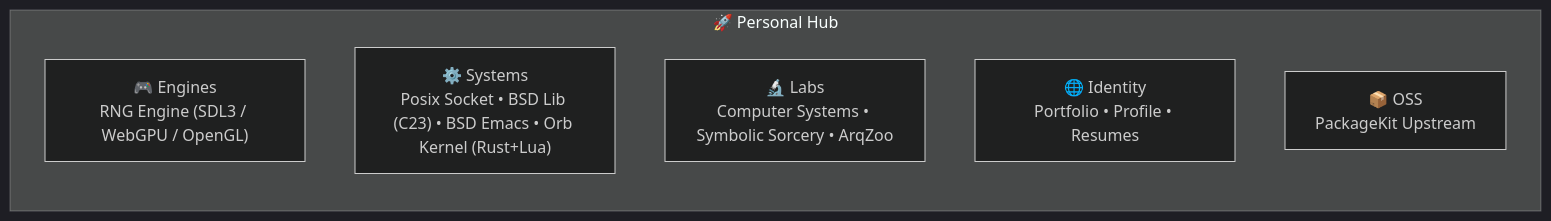
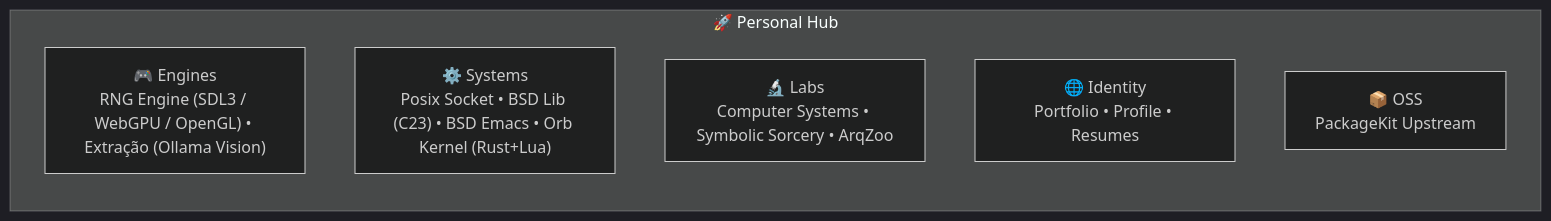
One commit to GabrielFrigo4/personal changed the diagram in README.md. Above: the diagram before and after it, drawn with Mermaid (dark theme). The commit also changed other lines of this file and 4 other files, not shown here.

Commit message:
add(engines): register private Extração (ollama-vision) repository

````diff
--- a/README.md
+++ b/README.md
@@ -22,11 +22,11 @@
 ```mermaid
 flowchart TD
     subgraph PH ["🚀 Personal Hub"]
         direction TB
-        ENG["🎮 Engines<br/>RNG Engine (SDL3 / WebGPU / OpenGL)"]
+        ENG["🎮 Engines<br/>RNG Engine (SDL3 / WebGPU / OpenGL) • Extração (Ollama Vision)"]
         SYS["⚙️ Systems<br/>Posix Socket • BSD Lib (C23) • BSD Emacs • Orb Kernel (Rust+Lua)"]
         LAB["🔬 Labs<br/>Computer Systems • Symbolic Sorcery • ArqZoo"]
         IDN["🌐 Identity<br/>Portfolio • Profile • Resumes"]
         OSS["📦 OSS<br/>PackageKit Upstream"]
     end
 ```
````
